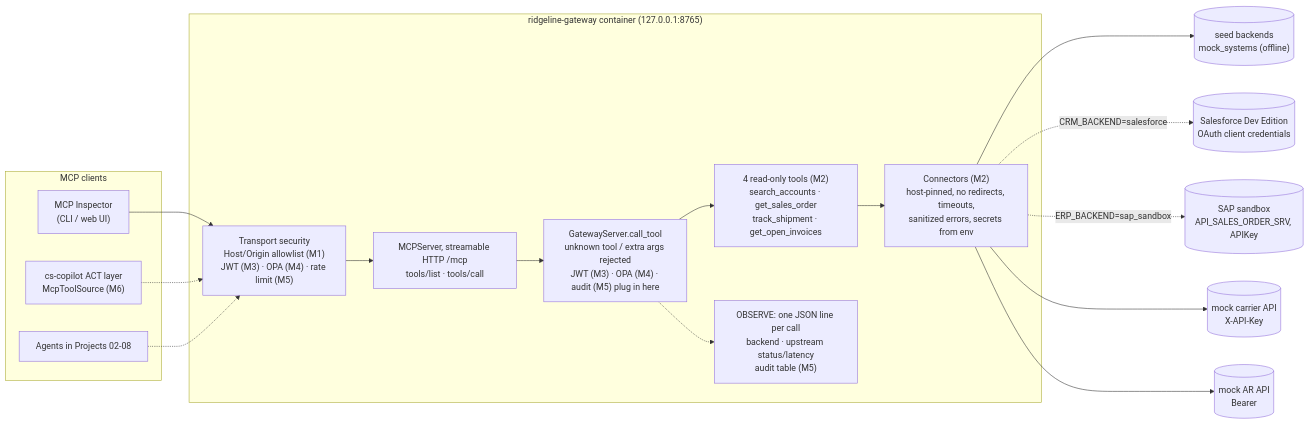
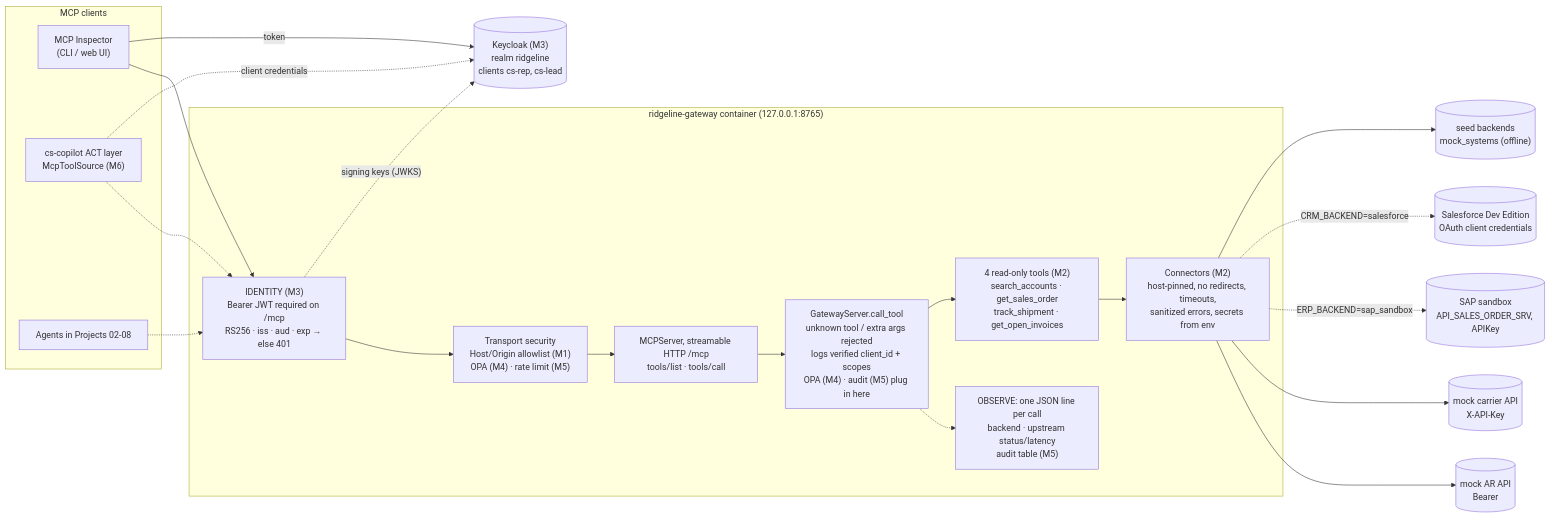
Before and after one commit to bwartman2015/agentic-integration-portfolio: the second of 2 diagrams in projects/01-enterprise-mcp-gateway/docs/agent-architecture.md, drawn with Mermaid. The commit also changed other lines of this file and 18 other files, not shown here.

First line of the commit message:
feat(01): milestone 3 Keycloak identity for the MCP gateway

````diff
--- a/projects/01-enterprise-mcp-gateway/docs/agent-architecture.md
+++ b/projects/01-enterprise-mcp-gateway/docs/agent-architecture.md
@@ -47,31 +47,36 @@
 ```mermaid
 flowchart LR
     subgraph Clients["MCP clients"]
         INS["MCP Inspector<br/>(CLI / web UI)"]
         CP["cs-copilot ACT layer<br/>McpToolSource (M6)"]
         OTH["Agents in Projects 02-08"]
     end
     subgraph GW["ridgeline-gateway container (127.0.0.1:8765)"]
-        TS["Transport security<br/>Host/Origin allowlist (M1)<br/>JWT (M3) · OPA (M4) · rate limit (M5)"]
+        AUTHN["IDENTITY (M3)<br/>Bearer JWT required on /mcp<br/>RS256 · iss · aud · exp → else 401"]
+        TS["Transport security<br/>Host/Origin allowlist (M1)<br/>OPA (M4) · rate limit (M5)"]
         MCPS["MCPServer, streamable HTTP /mcp<br/>tools/list · tools/call"]
-        CT["GatewayServer.call_tool<br/>unknown tool / extra args rejected<br/>JWT (M3) · OPA (M4) · audit (M5) plug in here"]
+        CT["GatewayServer.call_tool<br/>unknown tool / extra args rejected<br/>logs verified client_id + scopes<br/>OPA (M4) · audit (M5) plug in here"]
         TOOLS["4 read-only tools (M2)<br/>search_accounts · get_sales_order<br/>track_shipment · get_open_invoices"]
         CONN["Connectors (M2)<br/>host-pinned, no redirects, timeouts,<br/>sanitized errors, secrets from env"]
         LOG["OBSERVE: one JSON line per call<br/>backend · upstream status/latency<br/>audit table (M5)"]
     end
     SEED[("seed backends<br/>mock_systems (offline)")]
     SF[("Salesforce Dev Edition<br/>OAuth client credentials")]
     SAP[("SAP sandbox<br/>API_SALES_ORDER_SRV, APIKey")]
     CAR[("mock carrier API<br/>X-API-Key")]
     AR[("mock AR API<br/>Bearer")]
-    INS --> TS
-    CP -.-> TS
-    OTH -.-> TS
-    TS --> MCPS --> CT --> TOOLS --> CONN
+    KC[("Keycloak (M3)<br/>realm ridgeline<br/>clients cs-rep, cs-lead")]
+    INS -- "token" --> KC
+    CP -. "client credentials" .-> KC
+    INS --> AUTHN
+    CP -.-> AUTHN
+    OTH -.-> AUTHN
+    AUTHN -. "signing keys (JWKS)" .-> KC
+    AUTHN --> TS --> MCPS --> CT --> TOOLS --> CONN
     CT -.-> LOG
     CONN --> SEED
     CONN -. "CRM_BACKEND=salesforce" .-> SF
     CONN -. "ERP_BACKEND=sap_sandbox" .-> SAP
     CONN --> CAR
     CONN --> AR
 ```
````
